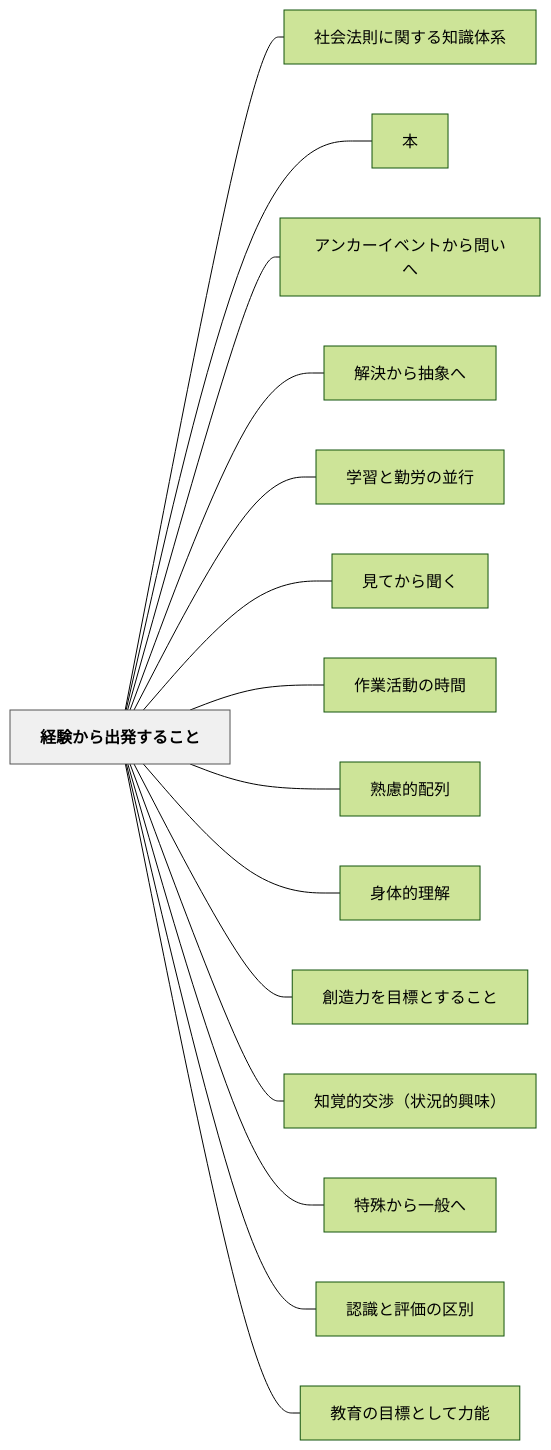
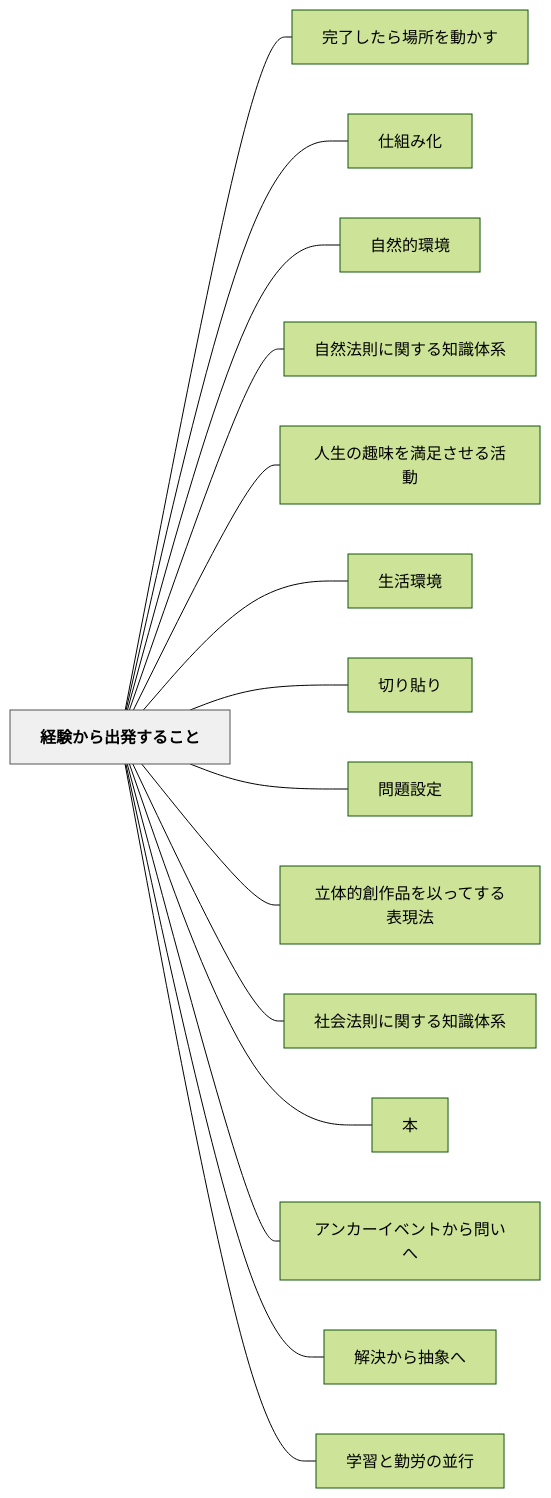
Before and after one commit to unknownthings-ed-patterns/unknownthings-ed-patterns: the diagram in content/パタン/経験から出発すること.md, drawn with Mermaid (forest theme). The commit also changed other lines of this file and 71 other files, not shown here.

````diff
--- a/content/パタン/経験から出発すること.md
+++ b/content/パタン/経験から出発すること.md
@@ -131,36 +140,36 @@
 ```mermaid
 flowchart LR
     ne7b58ce9a893e3818be38289e587bae799bae38199e3828be38193e381a8["経験から出発すること"]
+    ne5ae8ce4ba86e38197e3819fe38289e5a0b4e68980e38292e58b95e3818be38199["完了したら場所を動かす"]
+    ne4bb95e7b584e381bfe58c96["仕組み化"]
+    ne887aae784b6e79a84e792b0e5a283["自然的環境"]
+    ne887aae784b6e6b395e58987e381abe996a2e38199e3828be79fa5e8ad98e4bd93e7b3bb["自然法則に関する知識体系"]
+    ne4babae7949fe381aee8b6a3e591b3e38292e6ba80e8b6b3e38195e3819be3828be6b4bbe58b95["人生の趣味を満足させる活動"]
+    ne7949fe6b4bbe792b0e5a283["生活環境"]
+    ne58887e3828ae8b2bce3828a["切り貼り"]
+    ne5958fe9a18ce8a8ade5ae9a["問題設定"]
+    ne7ab8be4bd93e79a84e589b5e4bd9ce59381e38292e4bba5e381a3e381a6e38199e3828be8a1a8e78fbee6b395["立体的創作品を以ってする表現法"]
     ne7a4bee4bc9ae6b395e58987e381abe996a2e38199e3828be79fa5e8ad98e4bd93e7b3bb["社会法則に関する知識体系"]
     ne69cac["本"]
     ne382a2e383b3e382abe383bce382a4e38399e383b3e38388e3818be38289e5958fe38184e381b8["アンカーイベントから問いへ"]
     ne8a7a3e6b1bae3818be38289e68abde8b1a1e381b8["解決から抽象へ"]
     ne5ada6e7bf92e381a8e58ba4e58ab4e381aee4b8a6e8a18c["学習と勤労の並行"]
-    ne8a68be381a6e3818be38289e8819ee3818f["見てから聞く"]
-    ne4bd9ce6a5ade6b4bbe58b95e381aee69982e99693["作業活動の時間"]
-    ne7869fe685aee79a84e9858de58897["熟慮的配列"]
-    ne8baabe4bd93e79a84e79086e8a7a3["身体的理解"]
-    ne589b5e980a0e58a9be38292e79baee6a899e381a8e38199e3828be38193e381a8["創造力を目標とすること"]
-    ne79fa5e8a69ae79a84e4baa4e6b889efbc88e78ab6e6b381e79a84e88888e591b3efbc89["知覚的交渉（状況的興味）"]
-    ne789b9e6ae8ae3818be38289e4b880e888ace381b8["特殊から一般へ"]
-    ne8aa8de8ad98e381a8e8a995e4bea1e381aee58cbae588a5["認識と評価の区別"]
-    ne69599e882b2e381aee79baee6a899e381a8e38197e381a6e58a9be883bd["教育の目標として力能"]
 
+    ne7b58ce9a893e3818be38289e587bae799bae38199e3828be38193e381a8 --- ne5ae8ce4ba86e38197e3819fe38289e5a0b4e68980e38292e58b95e3818be38199
+    ne7b58ce9a893e3818be38289e587bae799bae38199e3828be38193e381a8 --- ne4bb95e7b584e381bfe58c96
+    ne7b58ce9a893e3818be38289e587bae799bae38199e3828be38193e381a8 --- ne887aae784b6e79a84e792b0e5a283
+    ne7b58ce9a893e3818be38289e587bae799bae38199e3828be38193e381a8 --- ne887aae784b6e6b395e58987e381abe996a2e38199e3828be79fa5e8ad98e4bd93e7b3bb
+    ne7b58ce9a893e3818be38289e587bae799bae38199e3828be38193e381a8 --- ne4babae7949fe381aee8b6a3e591b3e38292e6ba80e8b6b3e38195e3819be3828be6b4bbe58b95
+    ne7b58ce9a893e3818be38289e587bae799bae38199e3828be38193e381a8 --- ne7949fe6b4bbe792b0e5a283
+    ne7b58ce9a893e3818be38289e587bae799bae38199e3828be38193e381a8 --- ne58887e3828ae8b2bce3828a
+    ne7b58ce9a893e3818be38289e587bae799bae38199e3828be38193e381a8 --- ne5958fe9a18ce8a8ade5ae9a
+    ne7b58ce9a893e3818be38289e587bae799bae38199e3828be38193e381a8 --- ne7ab8be4bd93e79a84e589b5e4bd9ce59381e38292e4bba5e381a3e381a6e38199e3828be8a1a8e78fbee6b395
     ne7b58ce9a893e3818be38289e587bae799bae38199e3828be38193e381a8 --- ne7a4bee4bc9ae6b395e58987e381abe996a2e38199e3828be79fa5e8ad98e4bd93e7b3bb
     ne7b58ce9a893e3818be38289e587bae799bae38199e3828be38193e381a8 --- ne69cac
     ne7b58ce9a893e3818be38289e587bae799bae38199e3828be38193e381a8 --- ne382a2e383b3e382abe383bce382a4e38399e383b3e38388e3818be38289e5958fe38184e381b8
     ne7b58ce9a893e3818be38289e587bae799bae38199e3828be38193e381a8 --- ne8a7a3e6b1bae3818be38289e68abde8b1a1e381b8
     ne7b58ce9a893e3818be38289e587bae799bae38199e3828be38193e381a8 --- ne5ada6e7bf92e381a8e58ba4e58ab4e381aee4b8a6e8a18c
-    ne7b58ce9a893e3818be38289e587bae799bae38199e3828be38193e381a8 --- ne8a68be381a6e3818be38289e8819ee3818f
-    ne7b58ce9a893e3818be38289e587bae799bae38199e3828be38193e381a8 --- ne4bd9ce6a5ade6b4bbe58b95e381aee69982e99693
-    ne7b58ce9a893e3818be38289e587bae799bae38199e3828be38193e381a8 --- ne7869fe685aee79a84e9858de58897
-    ne7b58ce9a893e3818be38289e587bae799bae38199e3828be38193e381a8 --- ne8baabe4bd93e79a84e79086e8a7a3
-    ne7b58ce9a893e3818be38289e587bae799bae38199e3828be38193e381a8 --- ne589b5e980a0e58a9be38292e79baee6a899e381a8e38199e3828be38193e381a8
-    ne7b58ce9a893e3818be38289e587bae799bae38199e3828be38193e381a8 --- ne79fa5e8a69ae79a84e4baa4e6b889efbc88e78ab6e6b381e79a84e88888e591b3efbc89
-    ne7b58ce9a893e3818be38289e587bae799bae38199e3828be38193e381a8 --- ne789b9e6ae8ae3818be38289e4b880e888ace381b8
-    ne7b58ce9a893e3818be38289e587bae799bae38199e3828be38193e381a8 --- ne8aa8de8ad98e381a8e8a995e4bea1e381aee58cbae588a5
-    ne7b58ce9a893e3818be38289e587bae799bae38199e3828be38193e381a8 --- ne69599e882b2e381aee79baee6a899e381a8e38197e381a6e58a9be883bd
 
     classDef hub fill:#f0f0f0,stroke:#555,color:#000,font-weight:bold
     class ne7b58ce9a893e3818be38289e587bae799bae38199e3828be38193e381a8 hub
 ```
````
